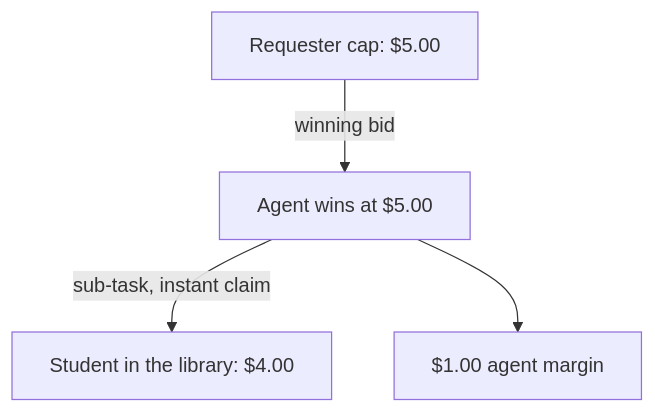
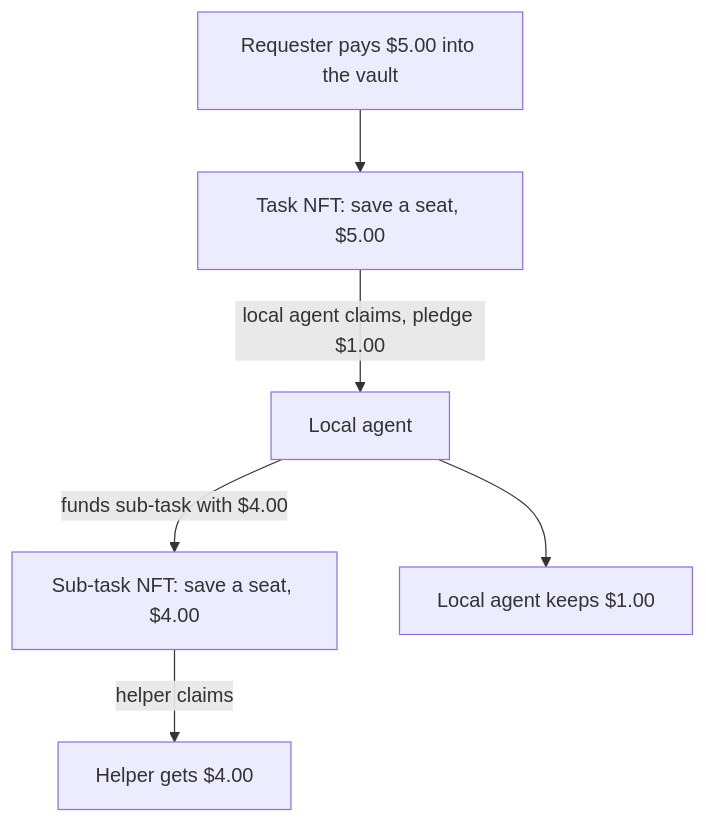
The first of 2 diagrams in README.md (maokner/agent-pledge), drawn with Mermaid before and after one commit. The commit also changed other lines of this file, not shown here.

Commit message:
Rewrite PRD around the base Yik Yak seat-hold demo in plain English

````diff
--- a/README.md
+++ b/README.md
@@ -155,6 +83,8 @@
 ```mermaid
 flowchart TD
-  R["Requester cap: $5.00"] -->|winning bid| A["Agent wins at $5.00"]
-  A -->|sub-task, instant claim| H["Student in the library: $4.00"]
-  A --> M["$1.00 agent margin"]
+  R["Requester pays $5.00 into the vault"] --> T["Task NFT: save a seat, $5.00"]
+  T -->|local agent claims, pledge $1.00| A["Local agent"]
+  A -->|funds sub-task with $4.00| S["Sub-task NFT: save a seat, $4.00"]
+  S -->|helper claims| H["Helper gets $4.00"]
+  A --> M["Local agent keeps $1.00"]
 ```
````
